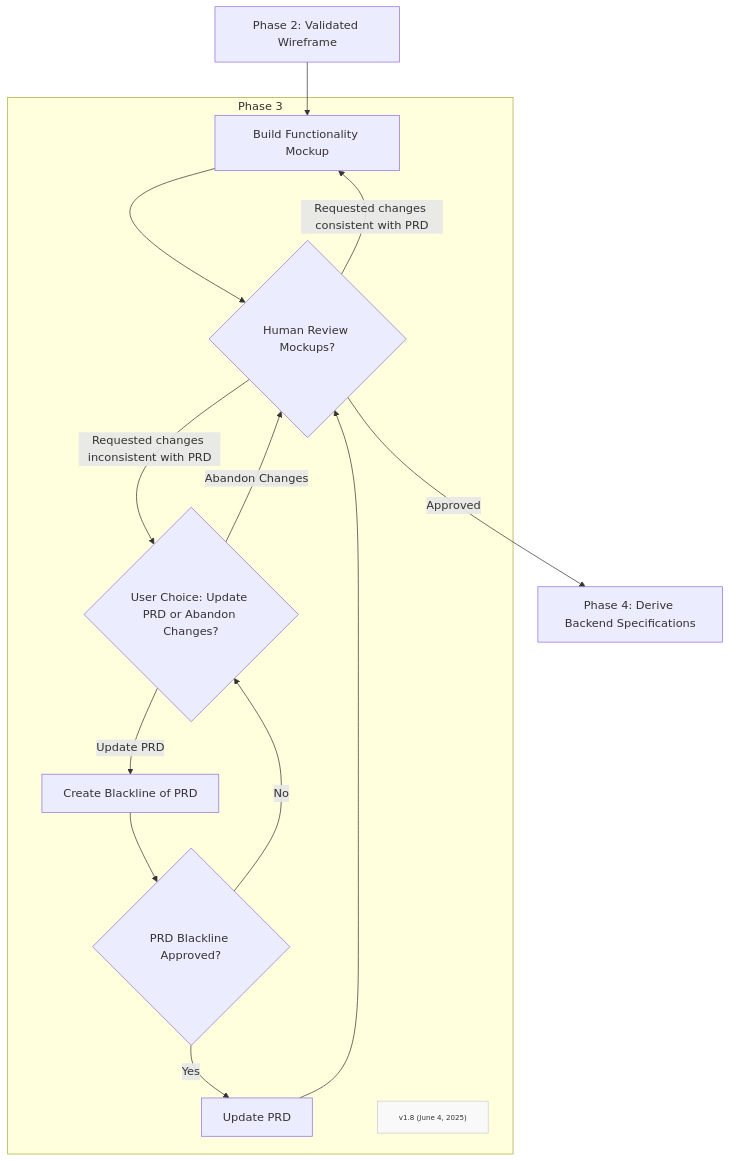
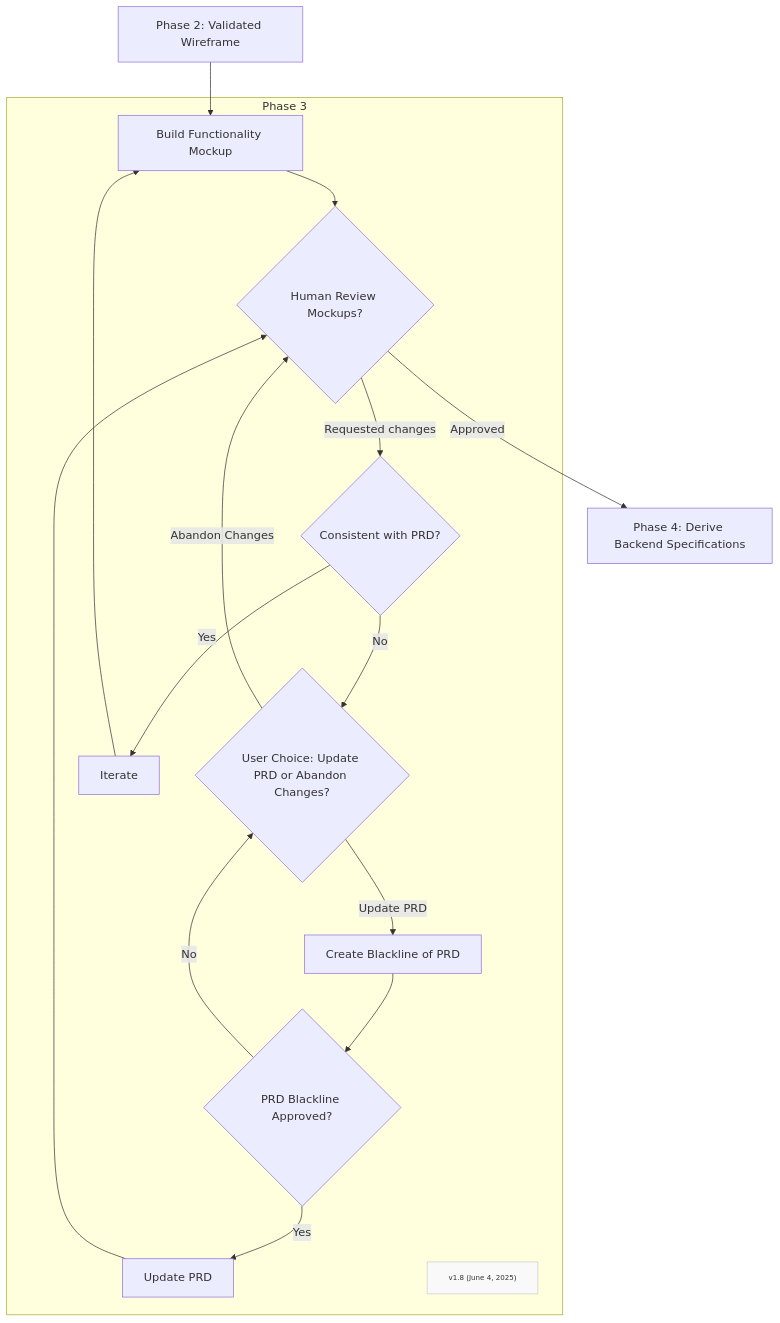
One commit to Mharbulous/Front-First-Method changed the diagram in Phases/FF-phase3.md. Above: the diagram before and after it, drawn with Mermaid.

Commit message:
refine phase 3 diagram

````diff
--- a/Phases/FF-phase3.md
+++ b/Phases/FF-phase3.md
@@ -2,24 +2,29 @@
 ```mermaid
 graph TD
     B1["Phase 2: Validated Wireframe"] --> B2["Build Functionality Mockup"]
 
     subgraph Phase3["Phase 3"]
         B2 --> B2_Val{"Human Review Mockups?"}
         
-        B2_Val -->|Requested changes inconsistent with PRD| B2_User_Choice{"User Choice: Update PRD or Abandon Changes?"}
-        B2_Val -->|Requested changes consistent with PRD| B2
+        B2_Val -->|Requested changes|Consistent_Val{"Consistent with PRD?"}
+        
+        
+        Consistent_Val -->|No| B2_User_Choice{"User Choice: Update PRD or Abandon Changes?"}
+        Consistent_Val -->|Yes| Iterate
+        Iterate --> B2
+
 
         B2_User_Choice -->|Update PRD| B2_PRD_Update["Create Blackline of PRD"]
         B2_User_Choice -->|Abandon Changes| B2_Val
+        B2_PRD_Approved -->|Yes| B3["Update PRD"]
         B2_PRD_Update --> B2_PRD_Approved{"PRD Blackline Approved?"}
-        B2_PRD_Approved -->|No| B2_User_Choice
-        B2_PRD_Approved -->|Yes| B3["Update PRD"]
+        B2_PRD_Approved -->|No| B2_User_Choice        
         B3 --> B2_Val
 
         Version["v1.8 (June 4, 2025)"]
         classDef version fill:#f9f9f9,stroke:#ccc,font-size:10px
         class Version version
     end
 
     B2_Val -->|Approved| Phase4["Phase 4: Derive Backend Specifications"]
 ```
````
